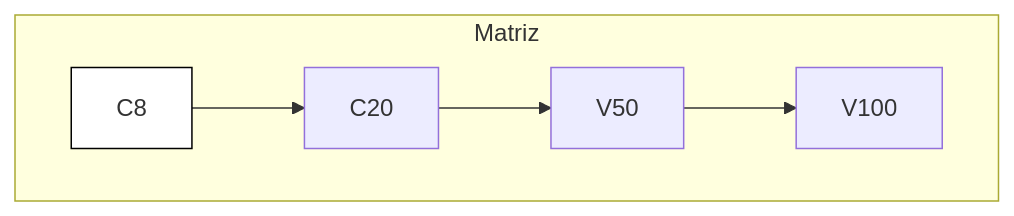
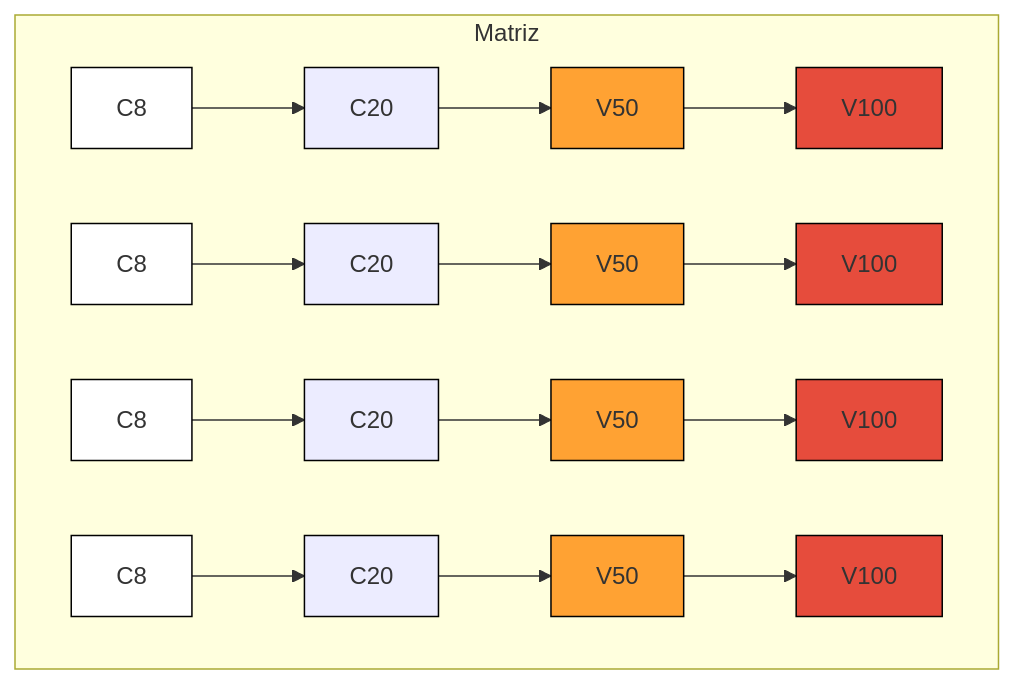
The diagram in README.md (larissatoyohashi/grafico-gantt), drawn with Mermaid before and after one commit.

````diff
--- a/README.md
+++ b/README.md
@@ -6,9 +6,18 @@
 ```mermaid
 graph TD
   subgraph Matriz
 A1["C8"]:::branco-->A2["C20"]:::amarelo-->A3["V50"]:::laranja-->A4["V100"]:::vermelho
+B1["C8"]:::branco-->B2["C20"]:::amarelo-->B3["V50"]:::laranja-->B4["V100"]:::vermelho
+C1["C8"]:::branco-->C2["C20"]:::amarelo-->C3["V50"]:::laranja-->C4["V100"]:::vermelho
+D1["C8"]:::branco-->D2["C20"]:::amarelo-->D3["V50"]:::laranja-->D4["V100"]:::vermelho
+
+
  
 end
 
 classDef branco fill: #fff, stroke: #000, strike-width: 1px;
+classDef amarelo fill: #FFD8D, stroke: #000, strike-width: 1px;
+classDef laranja fill: #FFA233, stroke: #000, strike-width: 1px;
+classDef vermelho fill: #E64C3C, stroke: #000, strike-width: 1px;
+
 ```
````
